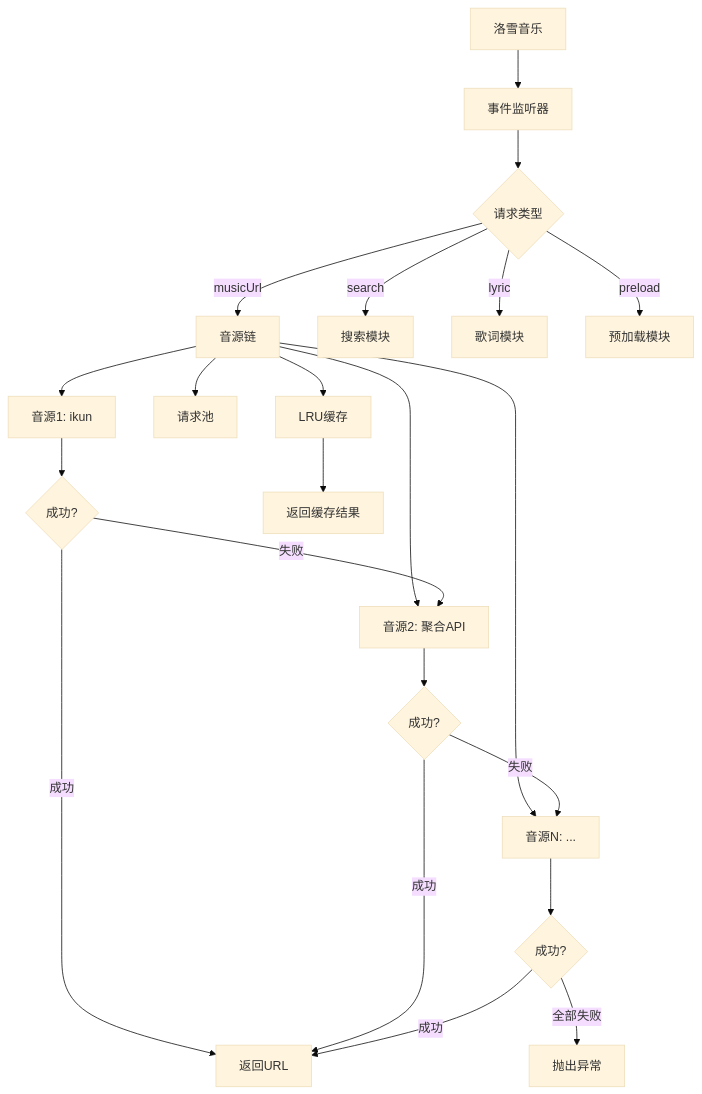
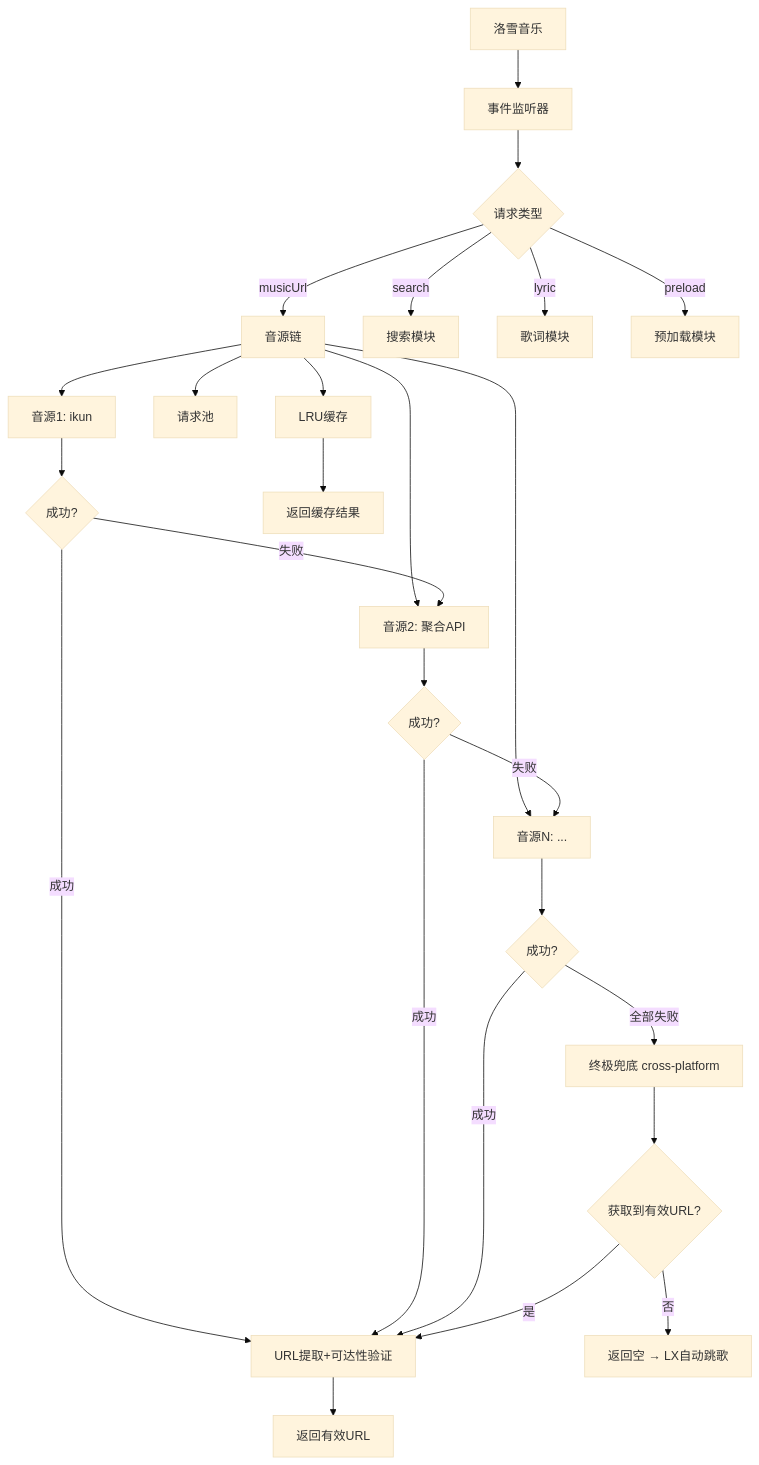
The diagram in README.md (xcqm12/qlm-music), drawn with Mermaid (base theme) before and after one commit. The commit also changed other lines of this file and 10 other files, not shown here.

````diff
--- a/README.md
+++ b/README.md
@@ -175,27 +147,31 @@
 ```mermaid
 graph TD
     A[洛雪音乐] --> B[事件监听器]
     B --> C{请求类型}
     C -->|musicUrl| D[音源链]
     C -->|search| E[搜索模块]
     C -->|lyric| F[歌词模块]
     C -->|preload| G[预加载模块]
     
     D --> H[LRU缓存]
     D --> I[请求池]
     D --> J[音源1: ikun]
     D --> K[音源2: 聚合API]
     D --> L[音源N: ...]
     
     J --> M{成功?}
     M -->|失败| K
     K --> N{成功?}
     N -->|失败| L
     L --> O{成功?}
     
     H --> P[返回缓存结果]
-    M -->|成功| Q[返回URL]
+    M -->|成功| Q[URL提取+可达性验证]
     N -->|成功| Q
     O -->|成功| Q
-    O -->|全部失败| R[抛出异常]
+    O -->|全部失败| R[终极兜底 cross-platform]
+    R --> S{获取到有效URL?}
+    S -->|是| Q
+    S -->|否| T[返回空 → LX自动跳歌]
+    Q --> U[返回有效URL]
 ```
````
